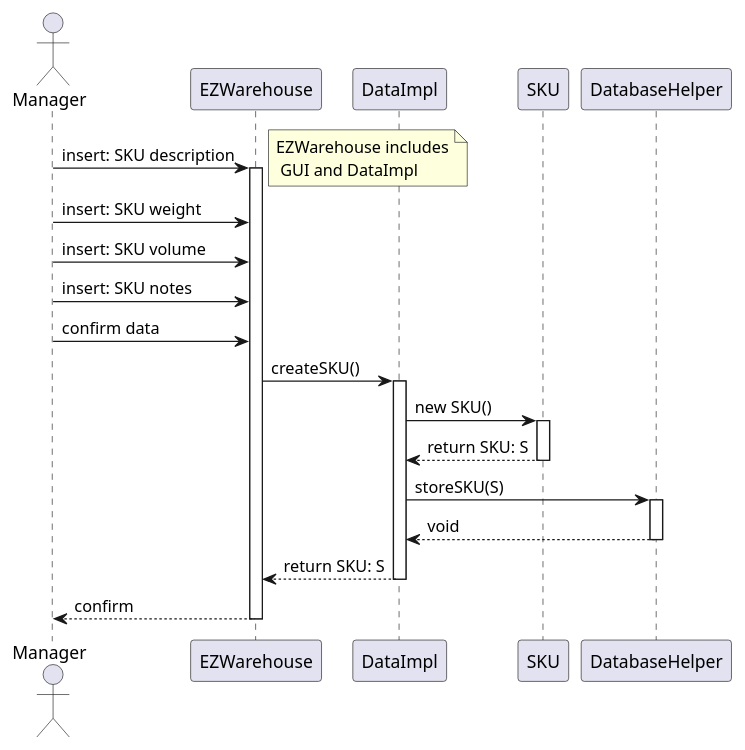
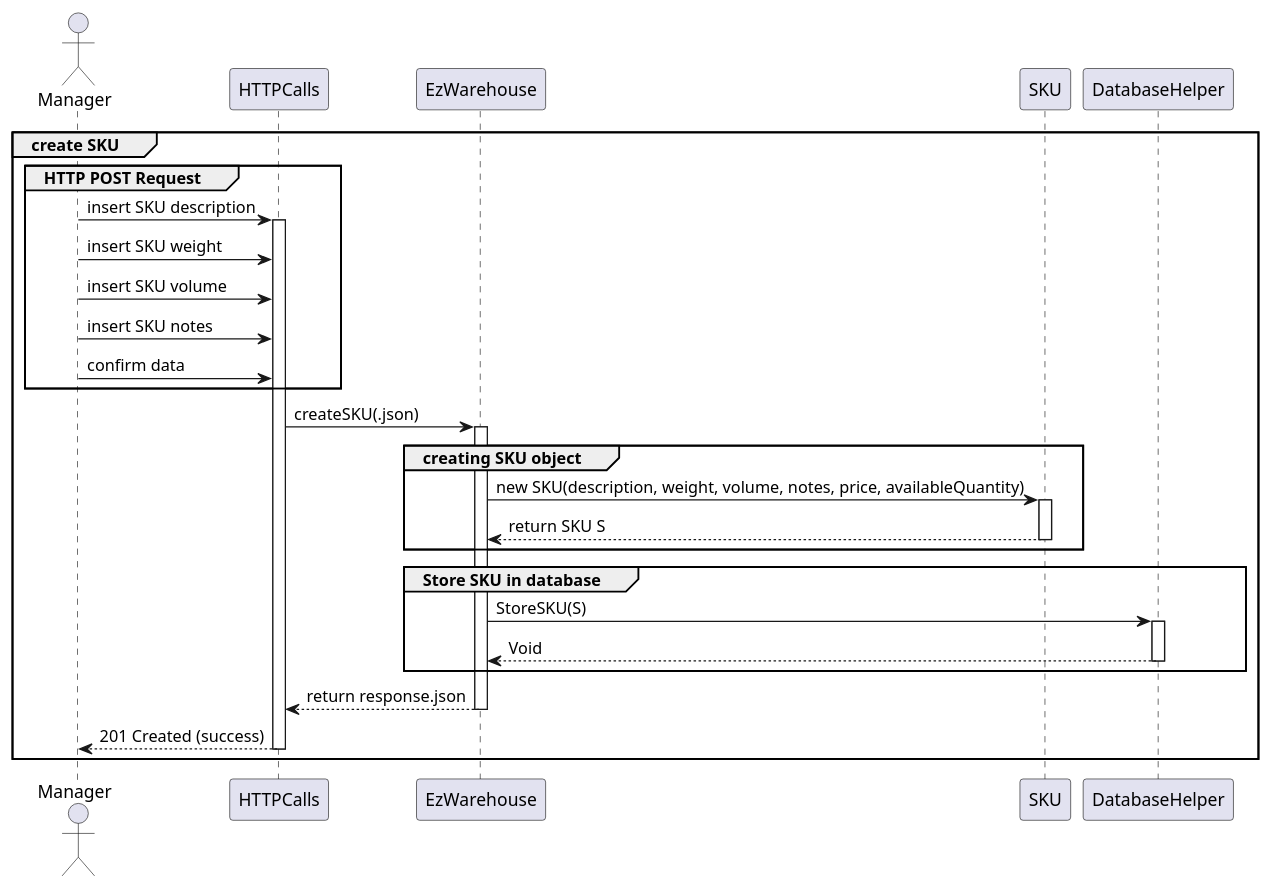
Before and after one commit to DavideArcolini/SoftEng_garbageCollector: the fifth of 20 diagrams in DESIGN PART/DesignDocument.md, drawn with PlantUML. The commit also changed other lines of this file, not shown here.

````diff
--- a/DESIGN PART/DesignDocument.md
+++ b/DESIGN PART/DesignDocument.md
@@ -369,36 +380,39 @@
 ```plantuml
 actor Manager as Manager
-participant EZWarehouse as EZWarehouse
-participant DataImpl as DataImpl
+participant HTTPCalls as HTTPCalls
+participant EzWarehouse as EzWarehouse
 participant SKU as SKU
 participant DatabaseHelper as DatabaseHelper
 
-Manager -> EZWarehouse: insert: SKU description
-activate EZWarehouse
-note right : EZWarehouse includes\n GUI and DataImpl
-Manager -> EZWarehouse: insert: SKU weight
-Manager -> EZWarehouse: insert: SKU volume
-Manager -> EZWarehouse: insert: SKU notes
-Manager -> EZWarehouse: confirm data
+group create SKU
+group HTTP POST Request
+Manager -> HTTPCalls: insert SKU description
+activate HTTPCalls
+Manager -> HTTPCalls: insert SKU weight
+Manager -> HTTPCalls: insert SKU volume
+Manager -> HTTPCalls: insert SKU notes
+Manager -> HTTPCalls: confirm data
+end
 
-EZWarehouse -> DataImpl: createSKU()
-activate DataImpl
+HTTPCalls -> EzWarehouse: createSKU(.json)
+activate EzWarehouse
+group creating SKU object
+EzWarehouse -> SKU: new SKU(description, weight, volume, notes, price, availableQuantity)
+activate SKU
+SKU --> EzWarehouse: return SKU S
+deactivate SKU
+end
 
-DataImpl -> SKU: new SKU()
-activate SKU
+group Store SKU in database
+EzWarehouse -> DatabaseHelper: StoreSKU(S)
+activate DatabaseHelper
+DatabaseHelper --> EzWarehouse: Void
+deactivate DatabaseHelper
+end
 
-SKU --> DataImpl: return SKU: S
-deactivate SKU
-
-DataImpl -> DatabaseHelper: storeSKU(S)
-activate DatabaseHelper
-
-DatabaseHelper --> DataImpl: void 
-deactivate DatabaseHelper
-
-DataImpl --> EZWarehouse: return SKU: S 
-deactivate DataImpl
-
-EZWarehouse --> Manager: confirm
-deactivate EZWarehouse
+EzWarehouse --> HTTPCalls: return response.json
+deactivate EzWarehouse
+HTTPCalls --> Manager: 201 Created (success)
+deactivate HTTPCalls
+end
 ```
````
